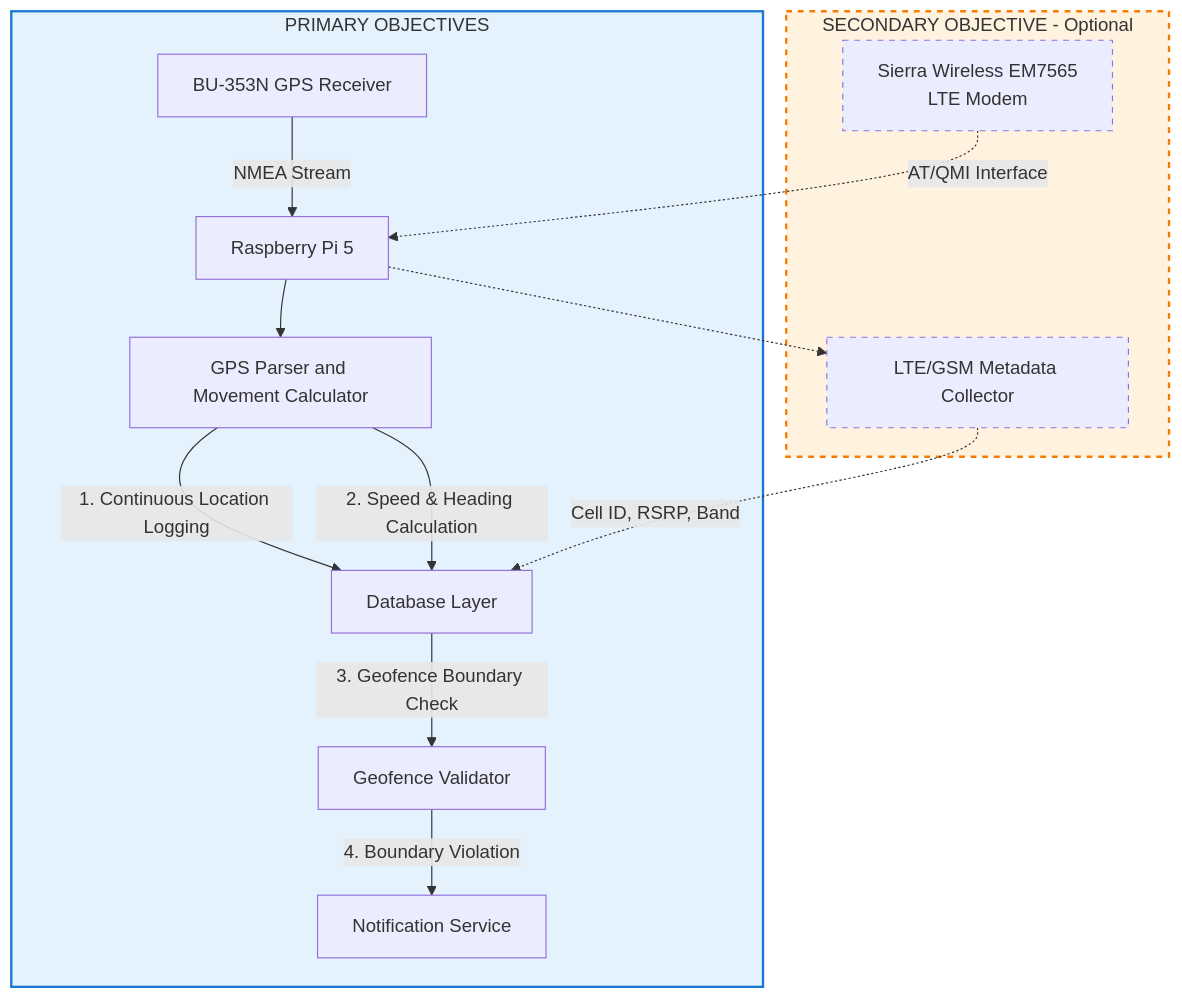
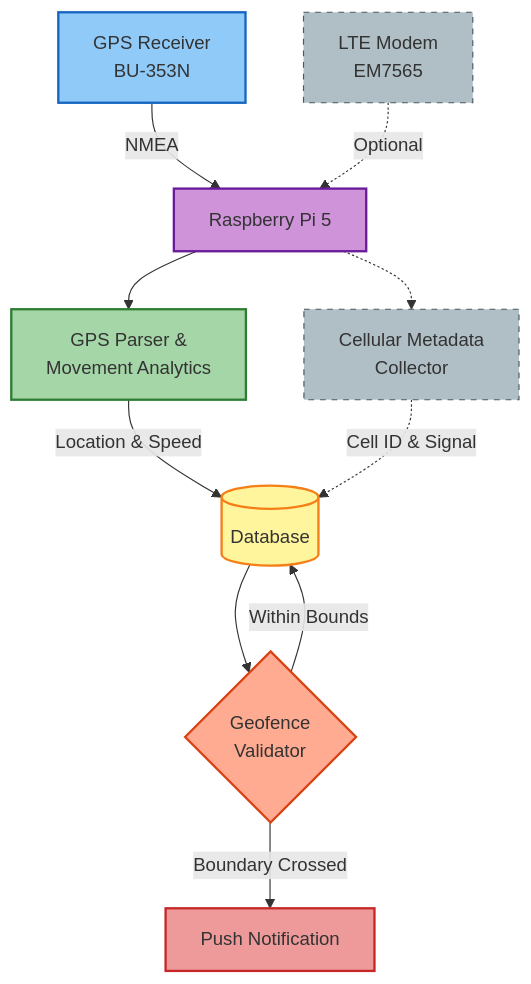
The diagram in README.md (cramos93/Raspberry-Pi-GPS-Cellular-Data-Logger), drawn with Mermaid before and after one commit.

Commit message:
README.md

````diff
--- a/README.md
+++ b/README.md
@@ -76,22 +76,24 @@
 ```mermaid
-graph TD
-    subgraph Primary["PRIMARY OBJECTIVES"]
-        A[BU-353N GPS Receiver] -->|NMEA Stream| B[Raspberry Pi 5]
-        B --> D[GPS Parser and Movement Calculator]
-        D -->|1. Continuous Location Logging| F[Database Layer]
-        D -->|2. Speed & Heading Calculation| F
-        F -->|3. Geofence Boundary Check| G[Geofence Validator]
-        G -->|4. Boundary Violation| H[Notification Service]
-    end
+graph TB
+    GPS[GPS Receiver<br/>BU-353N] -->|NMEA| PI[Raspberry Pi 5]
+    LTE[LTE Modem<br/>EM7565] -.->|Optional| PI
     
-    subgraph Secondary["SECONDARY OBJECTIVE - Optional"]
-        C[Sierra Wireless EM7565<br/>LTE Modem] -.->|AT/QMI Interface| B
-        B -.-> E[LTE/GSM Metadata Collector]
-        E -.->|Cell ID, RSRP, Band| F
-    end
+    PI --> PARSE[GPS Parser &<br/>Movement Analytics]
+    PI -.-> META[Cellular Metadata<br/>Collector]
     
-    style Primary fill:#e3f2fd,stroke:#1976d2,stroke-width:2px
-    style Secondary fill:#fff3e0,stroke:#f57c00,stroke-width:2px,stroke-dasharray: 5 5
-    style C stroke-dasharray: 5 5
-    style E stroke-dasharray: 5 5
+    PARSE -->|Location & Speed| DB[(Database)]
+    META -.->|Cell ID & Signal| DB
+    
+    DB --> FENCE{Geofence<br/>Validator}
+    FENCE -->|Boundary Crossed| NOTIFY[Push Notification]
+    FENCE -->|Within Bounds| DB
+    
+    style GPS fill:#90caf9,stroke:#1565c0,stroke-width:2px
+    style PI fill:#ce93d8,stroke:#6a1b9a,stroke-width:2px
+    style PARSE fill:#a5d6a7,stroke:#2e7d32,stroke-width:2px
+    style DB fill:#fff59d,stroke:#f57f17,stroke-width:2px
+    style FENCE fill:#ffab91,stroke:#d84315,stroke-width:2px
+    style NOTIFY fill:#ef9a9a,stroke:#c62828,stroke-width:2px
+    style LTE fill:#b0bec5,stroke:#455a64,stroke-width:1px,stroke-dasharray: 5 5
+    style META fill:#b0bec5,stroke:#455a64,stroke-width:1px,stroke-dasharray: 5 5
 ```
````
